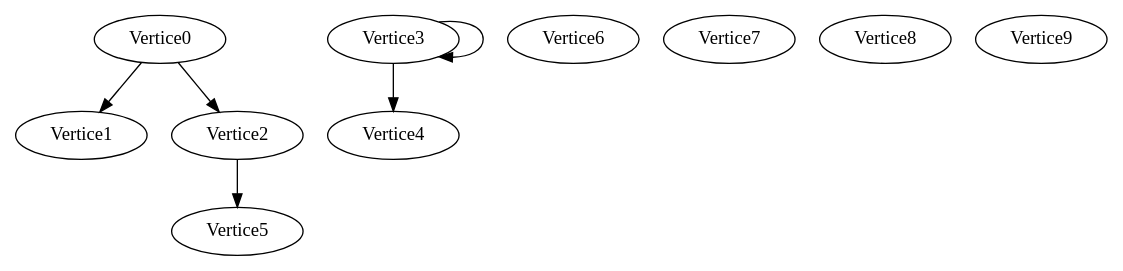
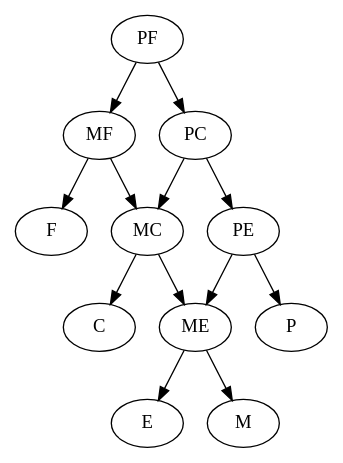
Before and after one commit to ga-pontes/ALG2: the diagram in grafo/Alg2/dotFile.dot, drawn with Graphviz. The commit also changed 7 other files, not shown here.

Commit message:
Graphtodot remove arestas repetidas.

```diff
--- a/grafo/Alg2/dotFile.dot
+++ b/grafo/Alg2/dotFile.dot
@@ -1,14 +1,19 @@
 digraph G {
-Vertice0 ->  Vertice1;
-Vertice0 ->  Vertice2;
-Vertice1;
-Vertice2 ->  Vertice5;
-Vertice3 ->  Vertice4;
-Vertice3 ->  Vertice3;
-Vertice4;
-Vertice5;
-Vertice6;
-Vertice7;
-Vertice8;
-Vertice9;
+PF ->  MF;
+PF ->  PC;
+MF ->  F;
+MF ->  MC;
+PC ->  MC;
+PC ->  PE;
+F;
+MC ->  C;
+MC ->  ME;
+PE ->  ME;
+PE ->  P;
+C;
+ME ->  E;
+ME ->  M;
+P;
+E;
+M;
 }
```
